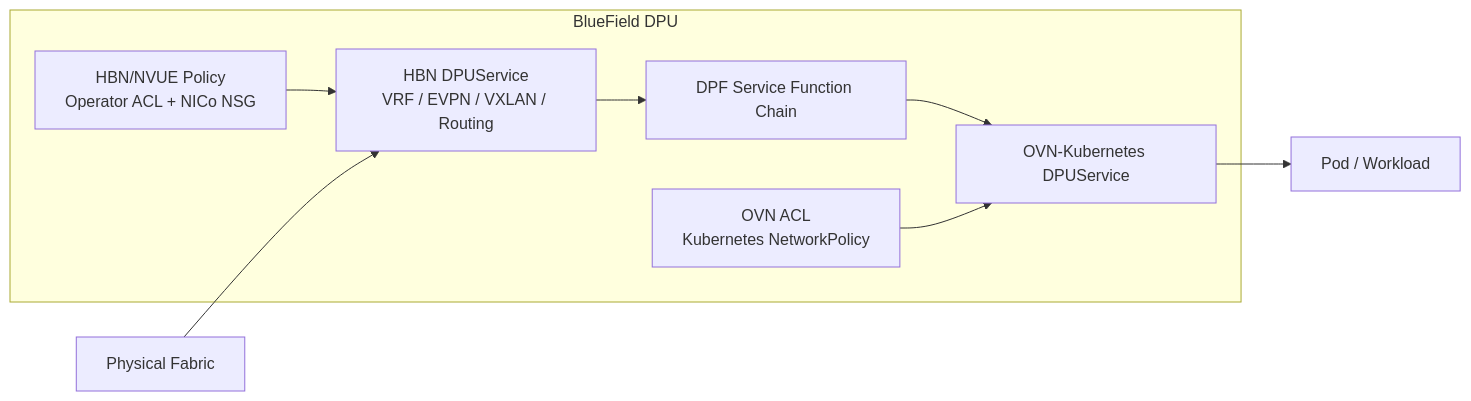
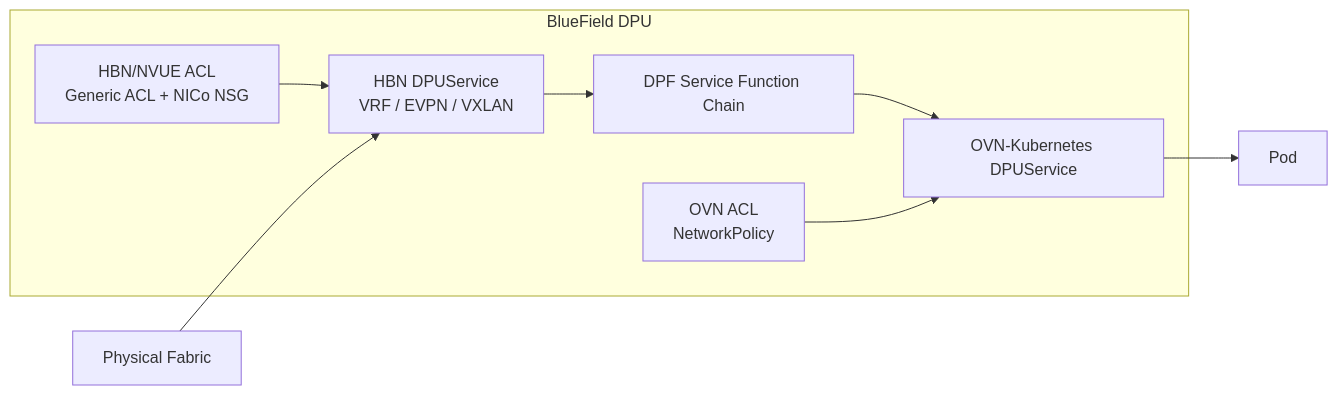
Before and after one commit to hdimmfh/hdimmfh.github.io: the diagram in _posts/2026-09-04-AIFactory_DPUHBN_TenantNetworkIsolation.md, drawn with Mermaid. The commit also changed other lines of this file, not shown here.

````diff
--- a/_posts/2026-09-04-AIFactory_DPUHBN_TenantNetworkIsolation.md
+++ b/_posts/2026-09-04-AIFactory_DPUHBN_TenantNetworkIsolation.md
@@ -419,24 +290,22 @@
 ```mermaid
 flowchart LR
 
     FABRIC["Physical Fabric"]
 
     subgraph DPU["BlueField DPU"]
-
-        HBN["HBN DPUService<br/>VRF / EVPN / VXLAN / Routing"]
-        HPOL["HBN/NVUE Policy<br/>Operator ACL + NICo NSG"]
+        HBN["HBN DPUService<br/>VRF / EVPN / VXLAN"]
+        HPOL["HBN/NVUE ACL<br/>Generic ACL + NICo NSG"]
         SFC["DPF Service Function Chain"]
         OVN["OVN-Kubernetes DPUService"]
-        OPOL["OVN ACL<br/>Kubernetes NetworkPolicy"]
+        OPOL["OVN ACL<br/>NetworkPolicy"]
 
         HPOL --> HBN
         HBN --> SFC --> OVN
         OPOL --> OVN
-
     end
 
-    POD["Pod / Workload"]
+    POD["Pod"]
 
     FABRIC --> HBN
     OVN --> POD
 ```
````
